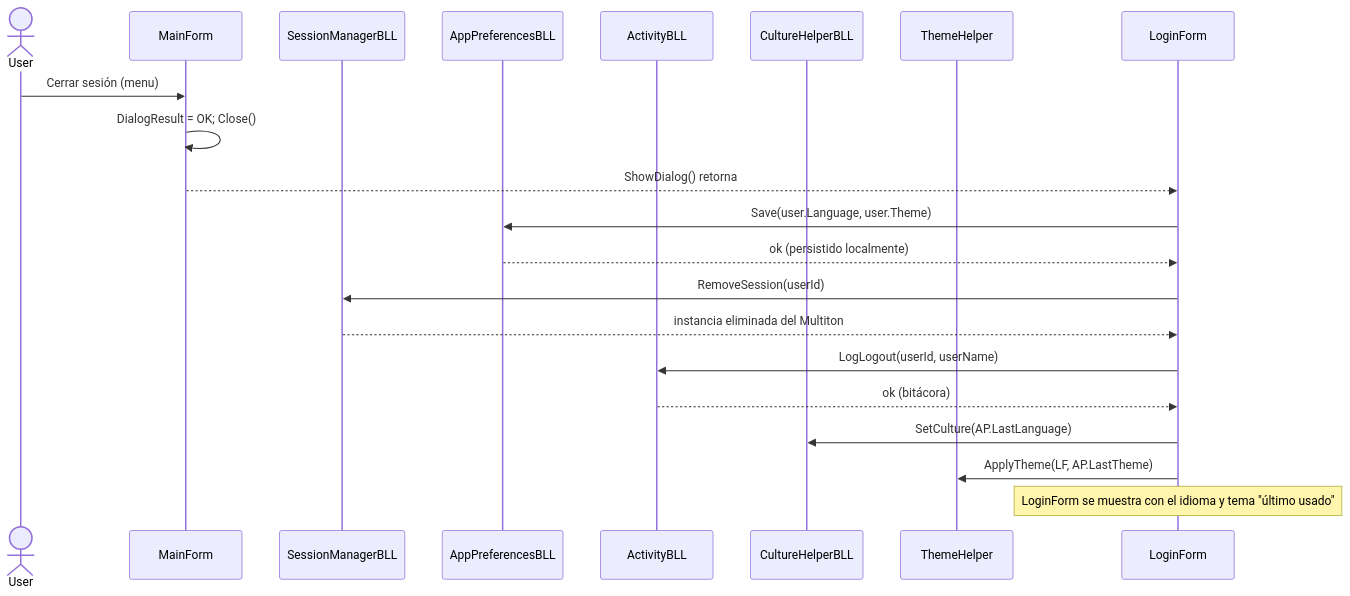
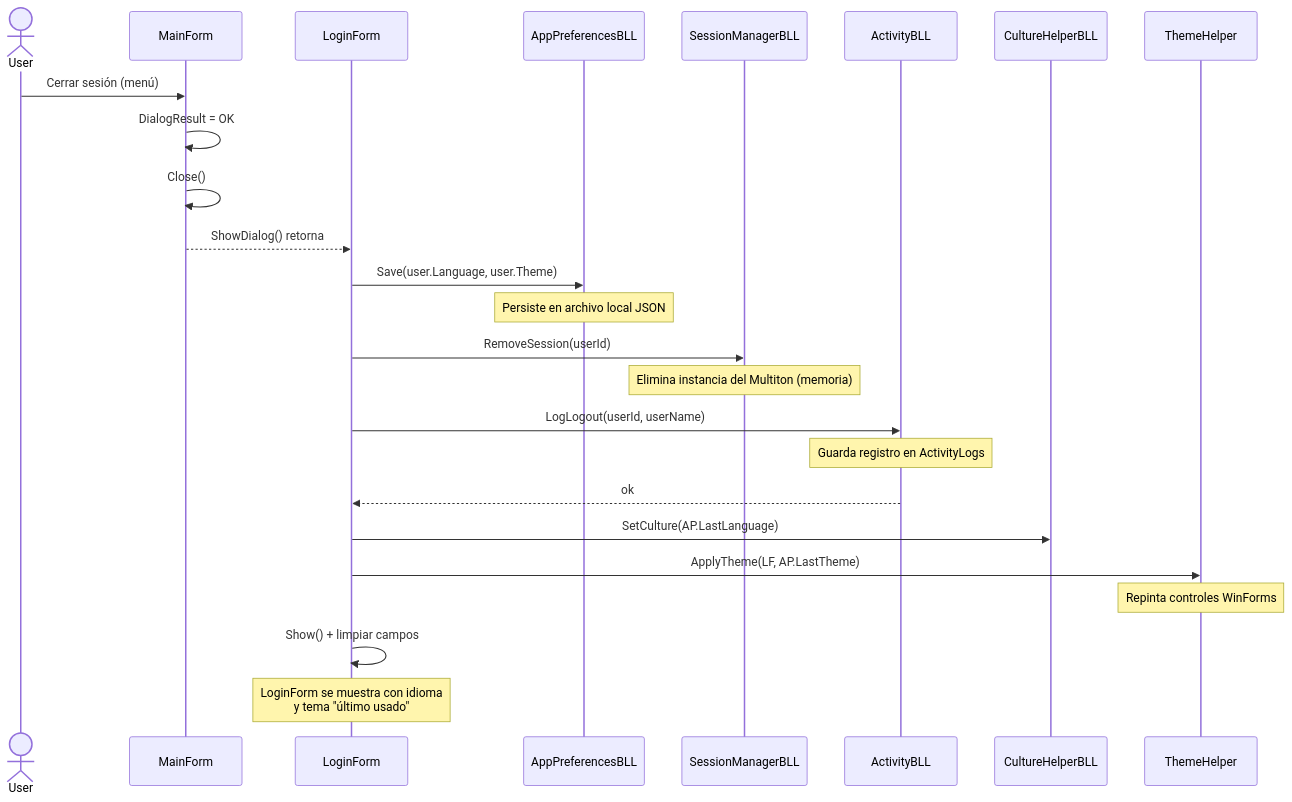
Before and after one commit to DarioZubaray/Proyecto-Final: the diagram in docs/mermaid-live/secuencia-logout.mmd, drawn with Mermaid. The commit also changed 15 other files, not shown here.

Commit message:
mermaid live code to pngs with script added

```diff
--- a/docs/mermaid-live/secuencia-logout.mmd
+++ b/docs/mermaid-live/secuencia-logout.mmd
@@ -1,22 +1,26 @@
 sequenceDiagram
     actor User
     participant MF as MainForm
+    participant LF as LoginForm
+    participant AP as AppPreferencesBLL
     participant SM as SessionManagerBLL
-    participant AP as AppPreferencesBLL
     participant Act as ActivityBLL
     participant CH as CultureHelperBLL
     participant TH as ThemeHelper
-    participant LF as LoginForm
 
-    User->>MF: Cerrar sesión (menu)
-    MF->>MF: DialogResult = OK#59; Close()
+    User->>MF: Cerrar sesión (menú)
+    MF->>MF: DialogResult = OK
+    MF->>MF: Close()
     MF-->>LF: ShowDialog() retorna
     LF->>AP: Save(user.Language, user.Theme)
-    AP-->>LF: ok (persistido localmente)
+    Note over AP: Persiste en archivo local JSON
     LF->>SM: RemoveSession(userId)
-    SM-->>LF: instancia eliminada del Multiton
+    Note over SM: Elimina instancia del Multiton (memoria)
     LF->>Act: LogLogout(userId, userName)
-    Act-->>LF: ok (bitácora)
+    Note over Act: Guarda registro en ActivityLogs
+    Act-->>LF: ok
     LF->>CH: SetCulture(AP.LastLanguage)
     LF->>TH: ApplyTheme(LF, AP.LastTheme)
-    note over LF: LoginForm se muestra con el idioma y tema "último usado"
+    Note over TH: Repinta controles WinForms
+    LF->>LF: Show() + limpiar campos
+    Note over LF: LoginForm se muestra con idioma<br/>y tema "último usado"
```
